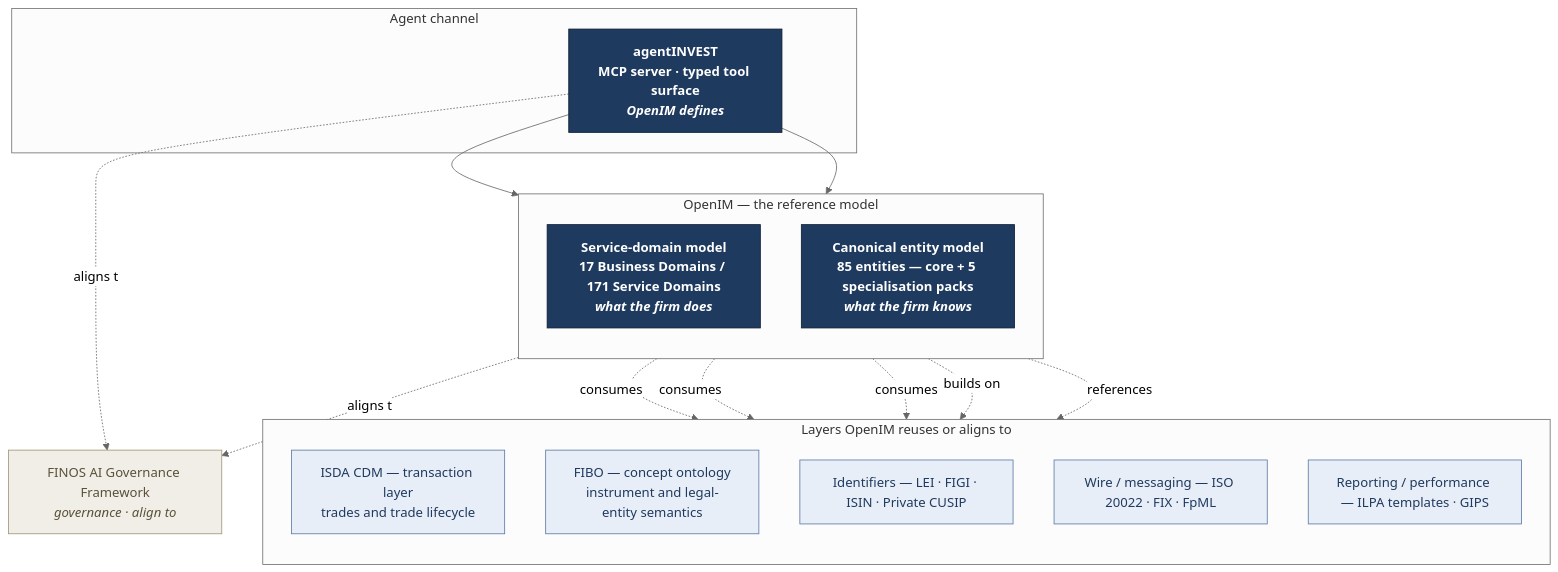
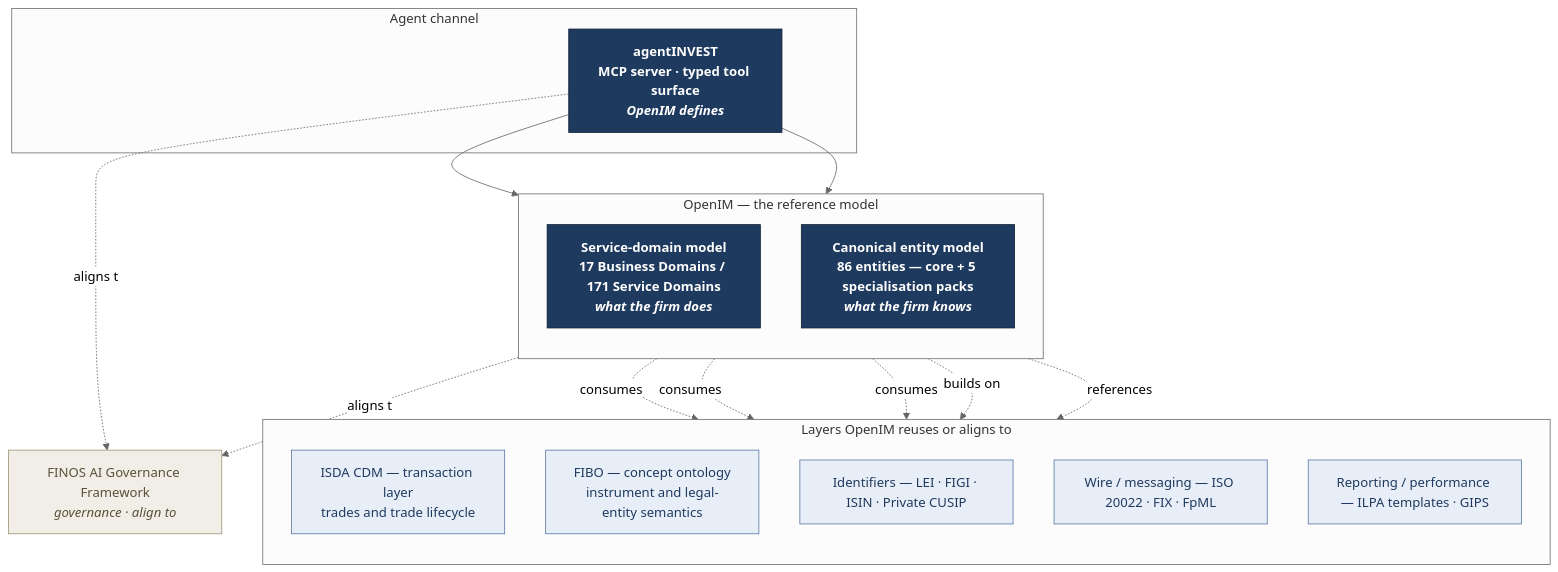
Before and after one commit to antikas/open-investment-model: the diagram in model/diagrams/01-layer-stack.md, drawn with Mermaid (neutral theme). The commit also changed 105 other files, not shown here.

````diff
--- a/model/diagrams/01-layer-stack.md
+++ b/model/diagrams/01-layer-stack.md
@@ -7,37 +7,37 @@
 ```mermaid
 flowchart TB
     classDef openim   fill:#1f3a5f,stroke:#0e1e33,color:#fff,font-weight:bold
     classDef reuse    fill:#e8eef7,stroke:#5b7aa6,color:#1f3a5f
     classDef govern   fill:#f0eee6,stroke:#a09578,color:#5a513a
 
     subgraph AGENT[Agent channel]
         A1["agentINVEST<br/>MCP server · typed tool surface<br/><i>OpenIM defines</i>"]:::openim
     end
 
     subgraph MODEL[OpenIM — the reference model]
         direction TB
         M1["Service-domain model<br/>17 Business Domains / 171 Service Domains<br/><i>what the firm does</i>"]:::openim
-        M2["Canonical entity model<br/>85 entities — core + 5 specialisation packs<br/><i>what the firm knows</i>"]:::openim
+        M2["Canonical entity model<br/>86 entities — core + 5 specialisation packs<br/><i>what the firm knows</i>"]:::openim
     end
 
     subgraph BELOW[Layers OpenIM reuses or aligns to]
         direction TB
         B1["ISDA CDM — transaction layer<br/>trades and trade lifecycle"]:::reuse
         B2["FIBO — concept ontology<br/>instrument and legal-entity semantics"]:::reuse
         B3["Identifiers — LEI · FIGI · ISIN · Private CUSIP"]:::reuse
         B4["Wire / messaging — ISO 20022 · FIX · FpML"]:::reuse
         B5["Reporting / performance — ILPA templates · GIPS"]:::reuse
     end
 
     G1["FINOS AI Governance Framework<br/><i>governance · align to</i>"]:::govern
 
     A1 --> M1
     A1 --> M2
     M1 -.consumes.-> B1
     M1 -.consumes.-> B4
     M1 -.consumes.-> B5
     M2 -.builds on.-> B2
     M2 -.references.-> B3
     M2 -.aligns to.-> G1
     A1 -.aligns to.-> G1
 ```
````
